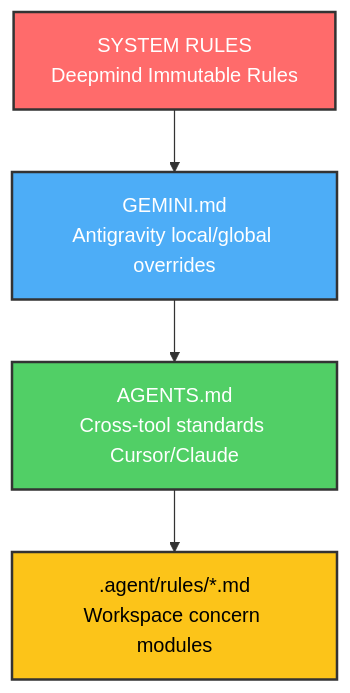
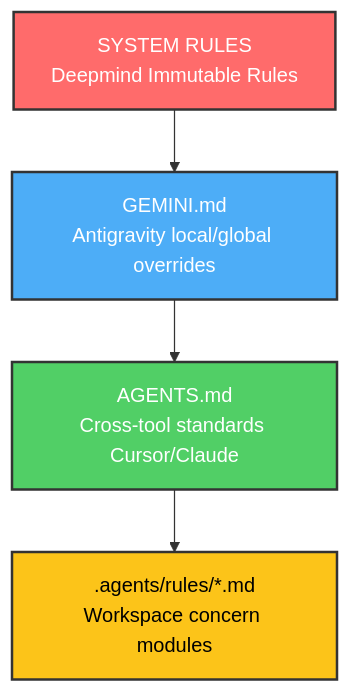
Before and after one commit to JubileeZ/alpha-zero-g: the diagram in docs/architecture.md, drawn with Mermaid. The commit also changed 11 other files, not shown here.

Commit message:
feat: migrate to modular .agents/rules system and expand architectural documentation templates

````diff
--- a/docs/architecture.md
+++ b/docs/architecture.md
@@ -11,11 +11,11 @@
 ```mermaid
 graph TD
     SystemRules[SYSTEM RULES<br/>Deepmind Immutable Rules] --> GeminiMD[GEMINI.md<br/>Antigravity local/global overrides]
     GeminiMD --> AgentsMD[AGENTS.md<br/>Cross-tool standards Cursor/Claude]
-    AgentsMD --> SupplementalRules[.agent/rules/*.md<br/>Workspace concern modules]
+    AgentsMD --> SupplementalRules[.agents/rules/*.md<br/>Workspace concern modules]
     
     style SystemRules fill:#ff6b6b,stroke:#333,stroke-width:2px,color:#fff
     style GeminiMD fill:#4dadf7,stroke:#333,stroke-width:2px,color:#fff
     style AgentsMD fill:#51cf66,stroke:#333,stroke-width:2px,color:#fff
     style SupplementalRules fill:#fcc419,stroke:#333,stroke-width:2px,color:#000
 ```
````
